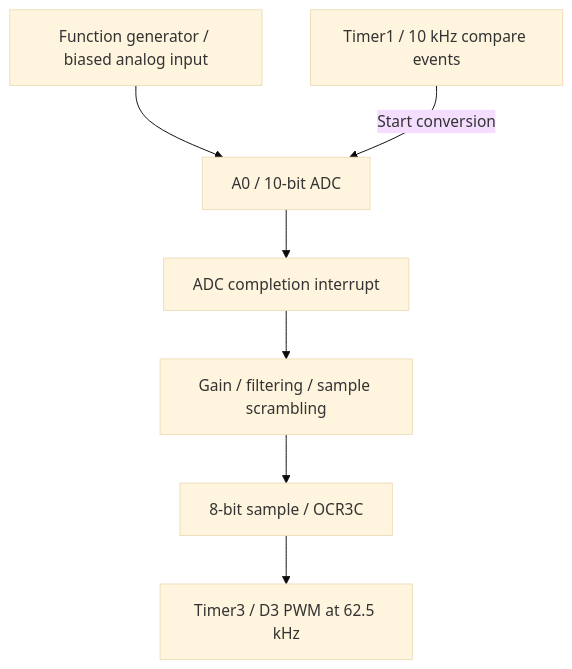
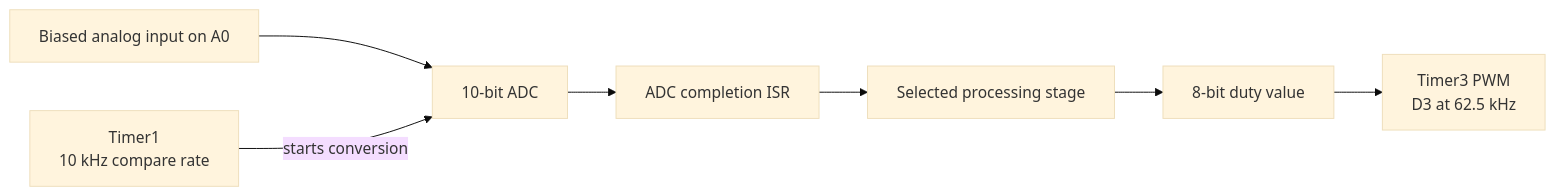
One commit to patrick-bowers/embedded-dsp-scrambler changed the diagram in README.md. Above: the diagram before and after it, drawn with Mermaid (base theme). The commit also changed other lines of this file and 1 other file, not shown here.

````diff
--- a/README.md
+++ b/README.md
@@ -9,9 +17,9 @@
 ```mermaid
-flowchart TD
-    IN[Function generator / biased analog input] --> ADC[A0 / 10-bit ADC]
-    TIMER[Timer1 / 10 kHz compare events] -->|Start conversion| ADC
-    ADC --> ISR[ADC completion interrupt]
-    ISR --> DSP[Gain / filtering / sample scrambling]
-    DSP --> OUT[8-bit sample / OCR3C]
-    OUT --> PWM[Timer3 / D3 PWM at 62.5 kHz]
+flowchart LR
+    A[Biased analog input on A0] --> B[10-bit ADC]
+    C[Timer1<br/>10 kHz compare rate] -->|starts conversion| B
+    B --> D[ADC completion ISR]
+    D --> E[Selected processing stage]
+    E --> F[8-bit duty value]
+    F --> G[Timer3 PWM<br/>D3 at 62.5 kHz]
 ```
````
